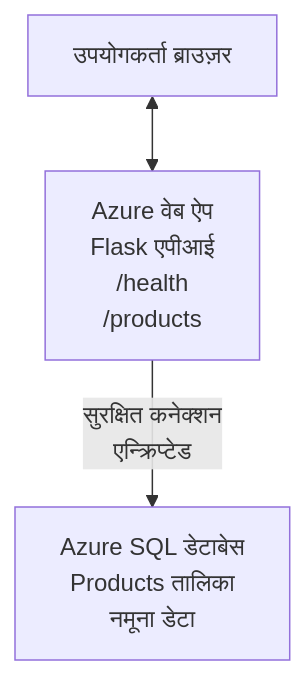
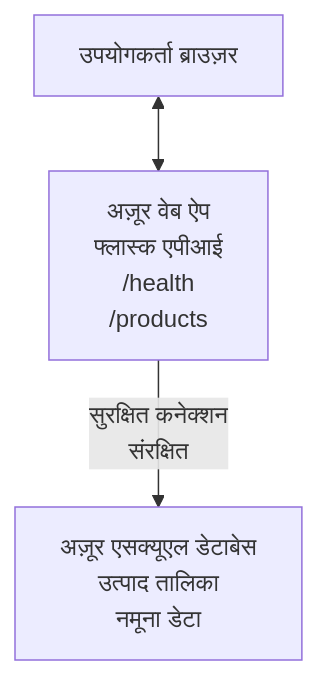
One commit to microsoft/AZD-for-beginners changed the diagram in translations/hi/examples/database-app/README.md. Above: the diagram before and after it, drawn with Mermaid. The commit also changed other lines of this file and 101 other files, not shown here.

````diff
--- a/translations/hi/examples/database-app/README.md
+++ b/translations/hi/examples/database-app/README.md
@@ -72,5 +72,5 @@
 ```mermaid
 graph TD
-    Browser[उपयोगकर्ता ब्राउज़र] <--> WebApp[Azure वेब ऐप<br/>Flask एपीआई<br/>/health<br/>/products]
-    WebApp -- सुरक्षित कनेक्शन<br/>एन्क्रिप्टेड --> SQL[Azure SQL डेटाबेस<br/>Products तालिका<br/>नमूना डेटा]
+    Browser[उपयोगकर्ता ब्राउज़र] <--> WebApp[अज़ूर वेब ऐप<br/>फ्लास्क एपीआई<br/>/health<br/>/products]
+    WebApp -- सुरक्षित कनेक्शन<br/>संरक्षित --> SQL[अज़ूर एसक्यूएल डेटाबेस<br/>उत्पाद तालिका<br/>नमूना डेटा]
 ```
````
